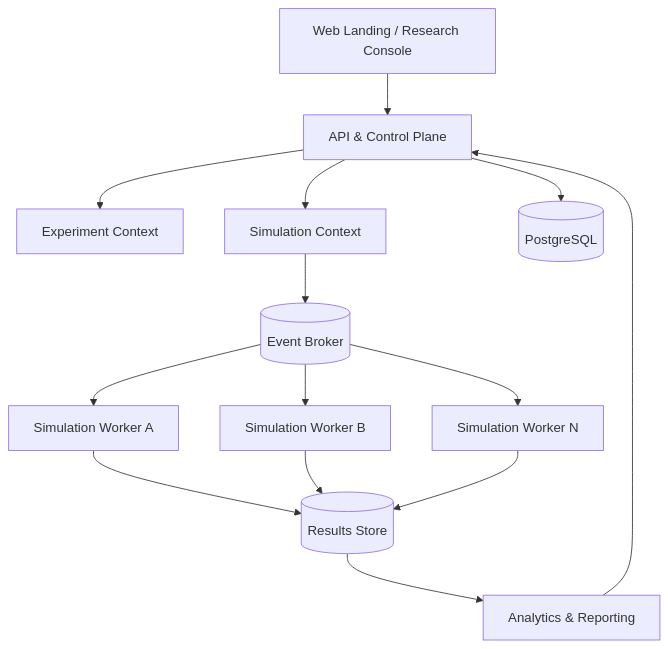
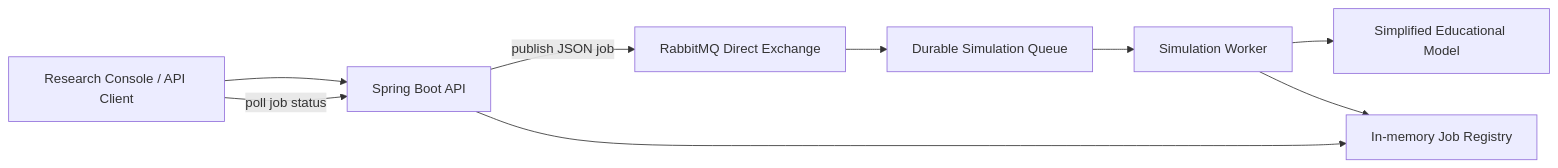
One commit to iamdatagabs/perfusion_lab changed the diagram in docs/ARCHITECTURE.md. Above: the diagram before and after it, drawn with Mermaid. The commit also changed other lines of this file, not shown here.

Commit message:
Document RabbitMQ job orchestration and distributed execution roadmap

````diff
--- a/docs/ARCHITECTURE.md
+++ b/docs/ARCHITECTURE.md
@@ -26,16 +7,11 @@
-```mermaid
-flowchart TB
-  UI[Web Landing / Research Console] --> API[API & Control Plane]
-  API --> EXP[Experiment Context]
-  API --> SIM[Simulation Context]
-  SIM --> BUS[(Event Broker)]
-  BUS --> W1[Simulation Worker A]
-  BUS --> W2[Simulation Worker B]
-  BUS --> WN[Simulation Worker N]
-  W1 --> RES[(Results Store)]
-  W2 --> RES
-  WN --> RES
-  RES --> ANA[Analytics & Reporting]
-  ANA --> API
-  API --> DB[(PostgreSQL)]
-```
+~~~mermaid
+flowchart LR
+  Client[Research Console / API Client] --> API[Spring Boot API]
+  API -->|publish JSON job| Exchange[RabbitMQ Direct Exchange]
+  Exchange --> Queue[Durable Simulation Queue]
+  Queue --> Worker[Simulation Worker]
+  Worker --> Model[Simplified Educational Model]
+  Worker --> Store[In-memory Job Registry]
+  Client -->|poll job status| API
+  API --> Store
+~~~
````
